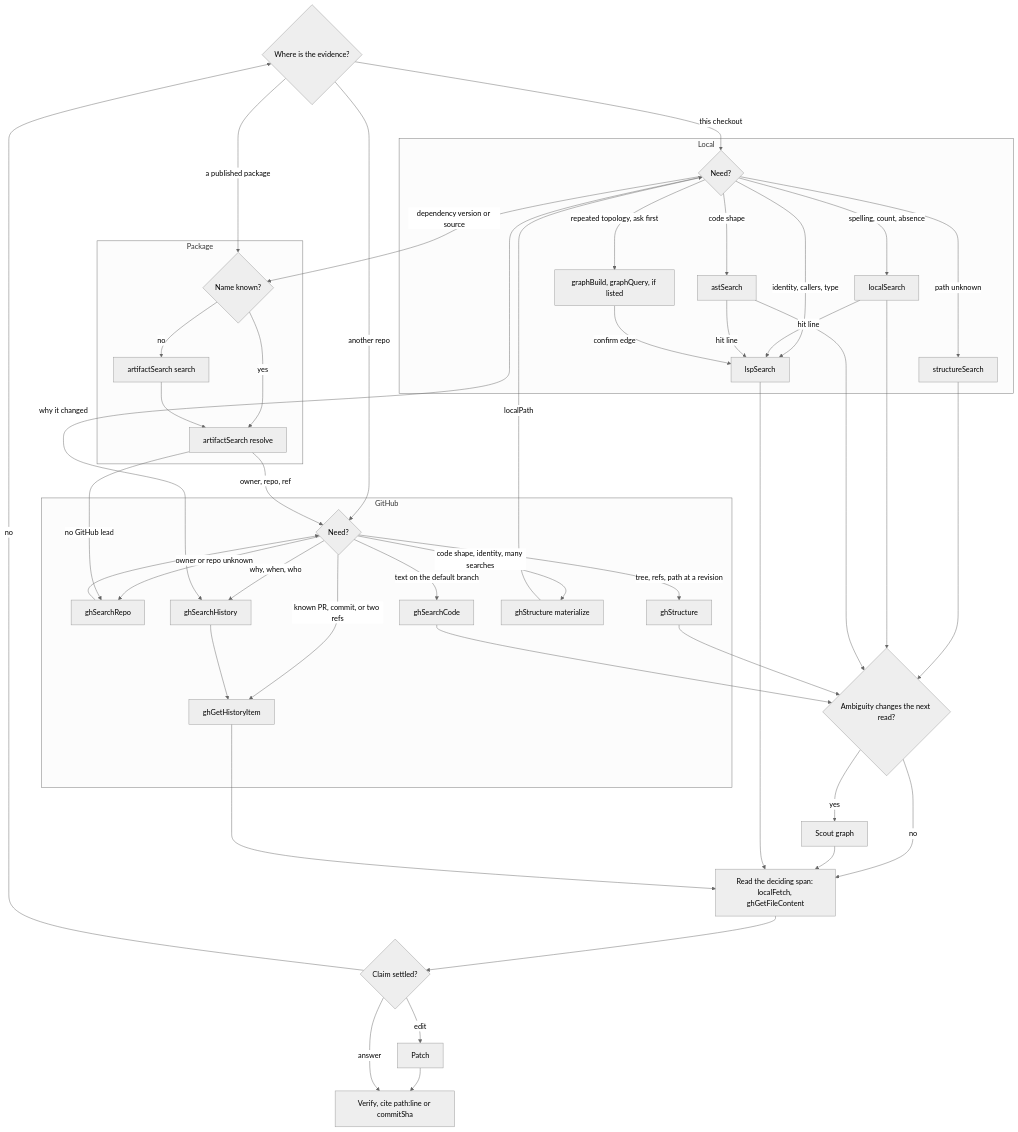
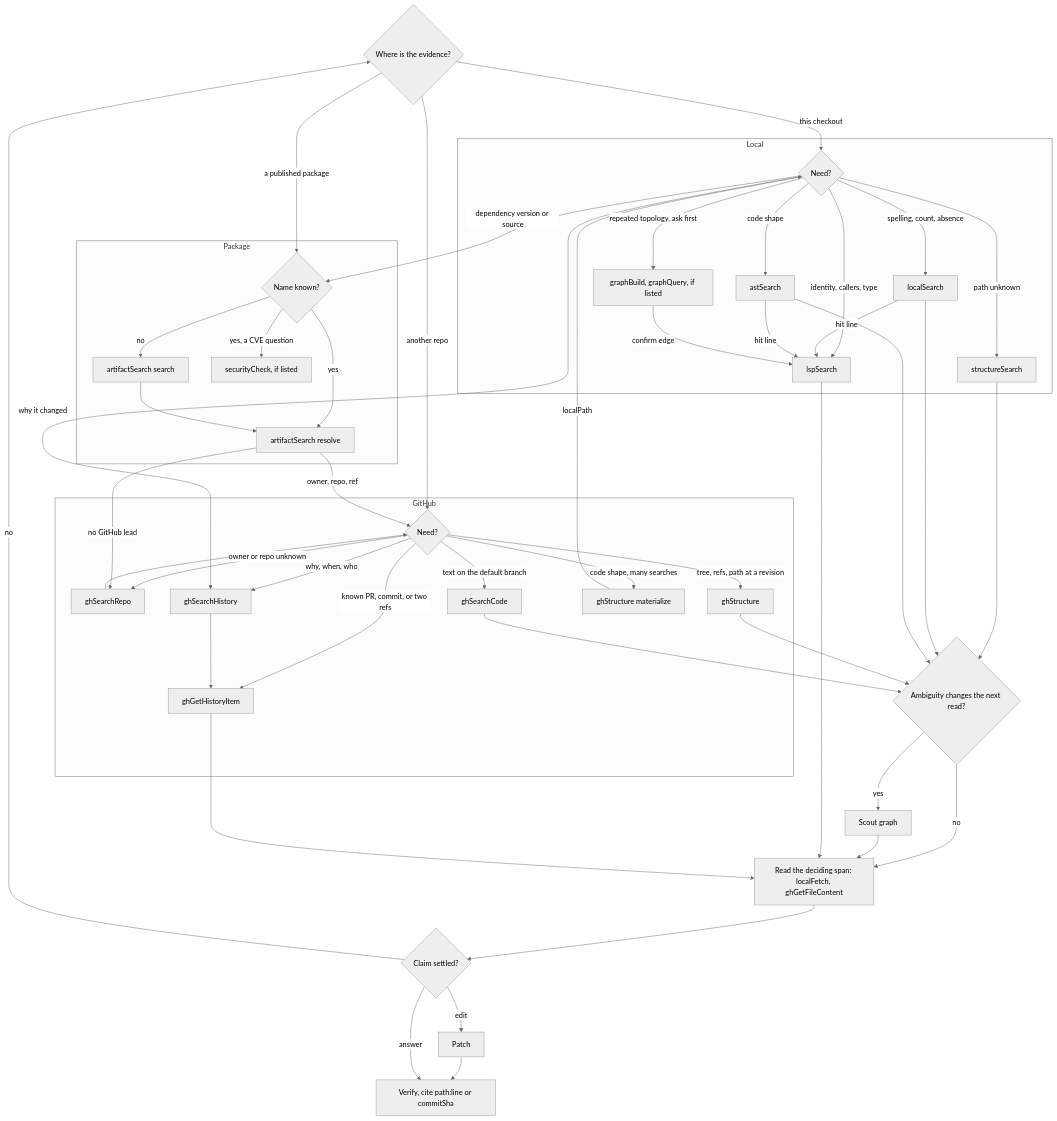
Before and after one commit to bgauryy/octocode: the first of 3 diagrams in skills/octocode-research/references/tool-flow.md, drawn with Mermaid (neutral theme). The commit also changed other lines of this file and 1319 other files, not shown here.

````diff
--- a/skills/octocode-research/references/tool-flow.md
+++ b/skills/octocode-research/references/tool-flow.md
@@ -7,54 +7,55 @@
 ```mermaid
 flowchart TD
   Q{Where is the evidence?}
   Q -- this checkout --> LQ
   Q -- a published package --> PQ
   Q -- another repo --> GQ
 
   subgraph Local
     LQ{Need?}
     LQ -- path unknown --> SS[structureSearch]
     LQ -- spelling, count, absence --> LS[localSearch]
     LQ -- code shape --> AST[astSearch]
     LQ -- identity, callers, type --> LSP[lspSearch]
     LQ -- repeated topology, ask first --> GRAPH[graphBuild, graphQuery, if listed]
     LS -- hit line --> LSP
     AST -- hit line --> LSP
     GRAPH -- confirm edge --> LSP
   end
 
   subgraph Package
     PQ{Name known?}
     PQ -- no --> PS[artifactSearch search]
     PQ -- yes --> PR[artifactSearch resolve]
+    PQ -- yes, a CVE question --> PA[securityCheck, if listed]
     PS --> PR
   end
 
   subgraph GitHub
     GQ{Need?}
     GQ -- owner or repo unknown --> GR[ghSearchRepo]
     GR --> GQ
     GQ -- tree, refs, path at a revision --> GS[ghStructure]
     GQ -- text on the default branch --> GC[ghSearchCode]
     GQ -- why, when, who --> GH[ghSearchHistory]
     GQ -- known PR, commit, or two refs --> GI[ghGetHistoryItem]
-    GQ -- code shape, identity, many searches --> GM[ghStructure materialize]
+    GQ -- code shape, many searches --> GM[ghStructure materialize]
     GH --> GI
   end
 
   LQ -- dependency version or source --> PQ
   LQ -- why it changed --> GH
   PR -- owner, repo, ref --> GQ
   PR -- no GitHub lead --> GR
   GM -- localPath --> LQ
 
   SS & LS & AST & GS & GC --> MANY{Ambiguity changes the next read?}
   MANY -- yes --> SCOUT[Scout graph]
   MANY -- no --> READ
   SCOUT --> READ
   LSP & GI --> READ[Read the deciding span: localFetch, ghGetFileContent]
   READ --> DONE{Claim settled?}
   DONE -- no --> Q
   DONE -- edit --> PATCH[Patch] --> VERIFY
   DONE -- answer --> VERIFY[Verify, cite path:line or commitSha]
 ```
````
